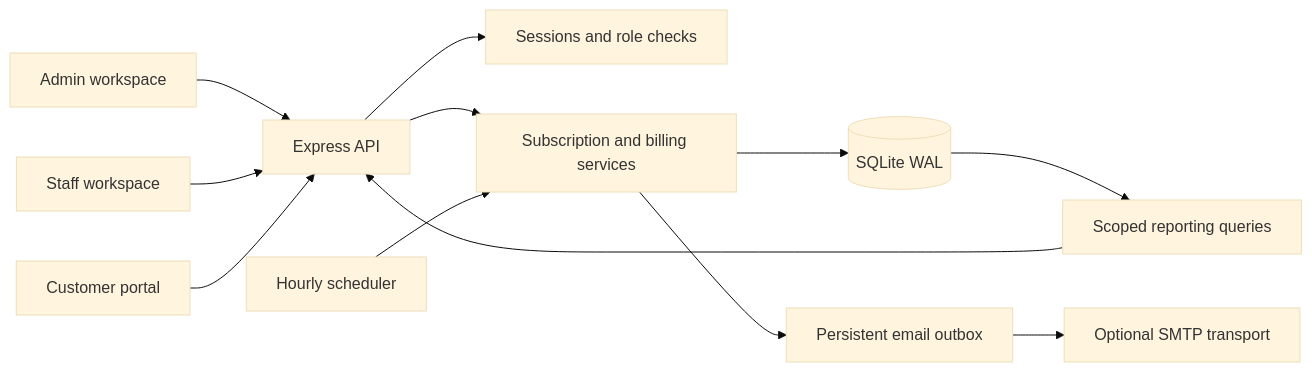
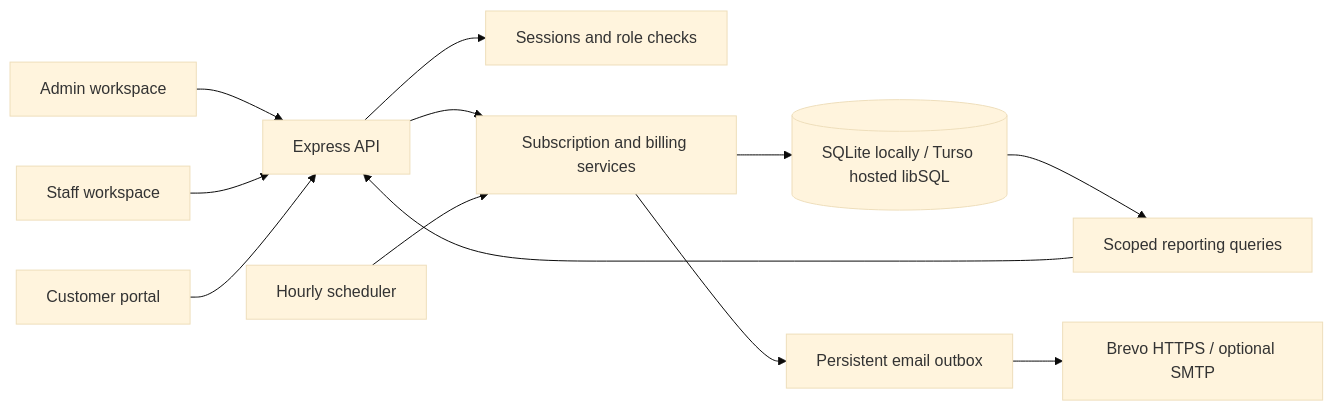
The first of 2 diagrams in docs/ARCHITECTURE.md (devananda6200/makeaton-subscription_system), drawn with Mermaid (base theme) before and after one commit. The commit also changed 4 other files, not shown here.

````diff
--- a/docs/ARCHITECTURE.md
+++ b/docs/ARCHITECTURE.md
@@ -5,14 +5,14 @@
 ```mermaid
 flowchart LR
   Admin[Admin workspace] --> API[Express API]
   Staff[Staff workspace] --> API
   Portal[Customer portal] --> API
   API --> Auth[Sessions and role checks]
   API --> Domain[Subscription and billing services]
   Scheduler[Hourly scheduler] --> Domain
-  Domain --> DB[(SQLite WAL)]
+  Domain --> DB[(SQLite locally / Turso hosted libSQL)]
   Domain --> Outbox[Persistent email outbox]
-  Outbox --> SMTP[Optional SMTP transport]
+  Outbox --> SMTP[Brevo HTTPS / optional SMTP]
   DB --> Reports[Scoped reporting queries]
   Reports --> API
 ```
````
